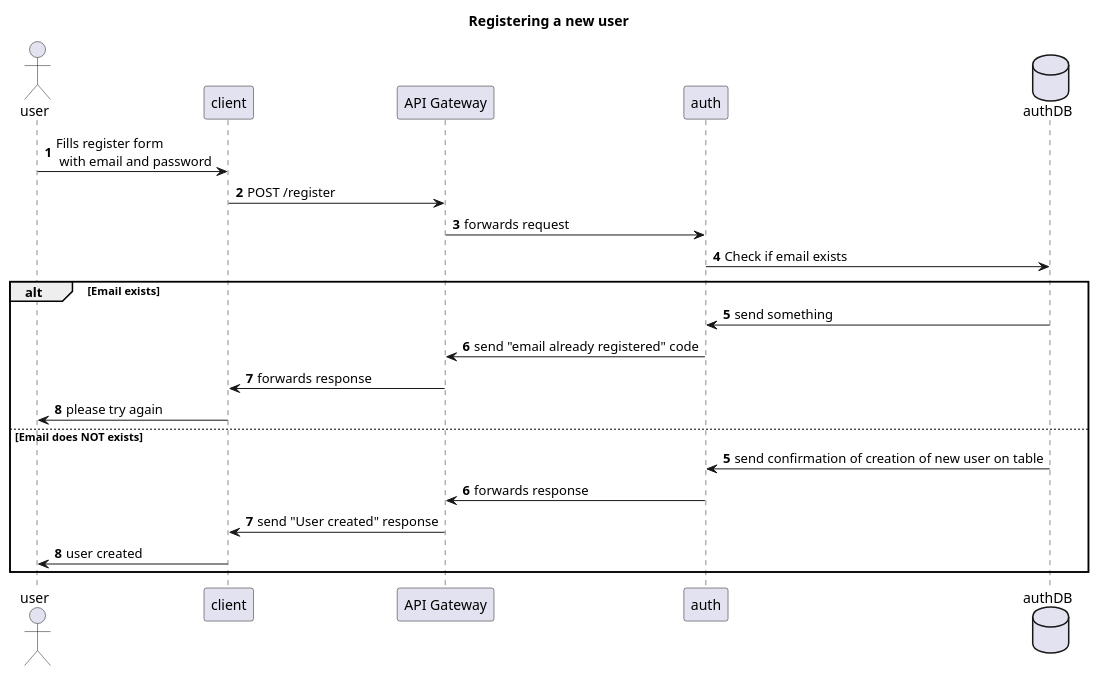
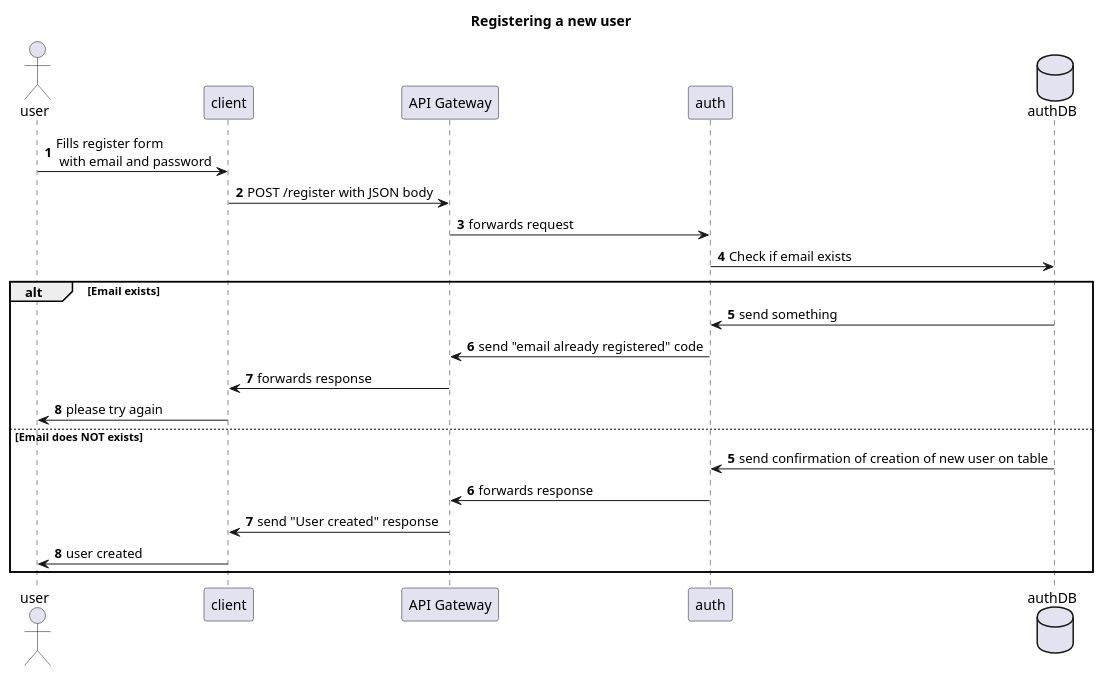
One commit to 42tiama/ft_transcendence changed the diagram in docs/register.puml. Above: the diagram before and after it, drawn with PlantUML. The commit also changed 2 other files, not shown here.

Commit message:
user authentication flow

```diff
--- a/docs/register.puml
+++ b/docs/register.puml
@@ -1,32 +1,32 @@
 @startuml
 autonumber
 
 title Registering a new user
 
 actor user as user
 participant client as client
 participant "API Gateway" as gateway
 participant auth as auth
 database authDB as authDB
 
 user -> client :  Fills register form\n with email and password
-client -> gateway :  POST /register
+client -> gateway :  POST /register with JSON body
 gateway -> auth :  forwards request
 auth -> authDB :  Check if email exists
 
 alt Email exists
 authDB -> auth : send something 
 auth -> gateway : send "email already registered" code
 gateway -> client : forwards response
 client -> user : please try again
 
 autonumber 5
 else Email does NOT exists
 authDB -> auth : send confirmation of creation of new user on table
 auth -> gateway : forwards response
 gateway -> client : send "User created" response
 client -> user: user created
 end 
 
 
 @enduml
```
